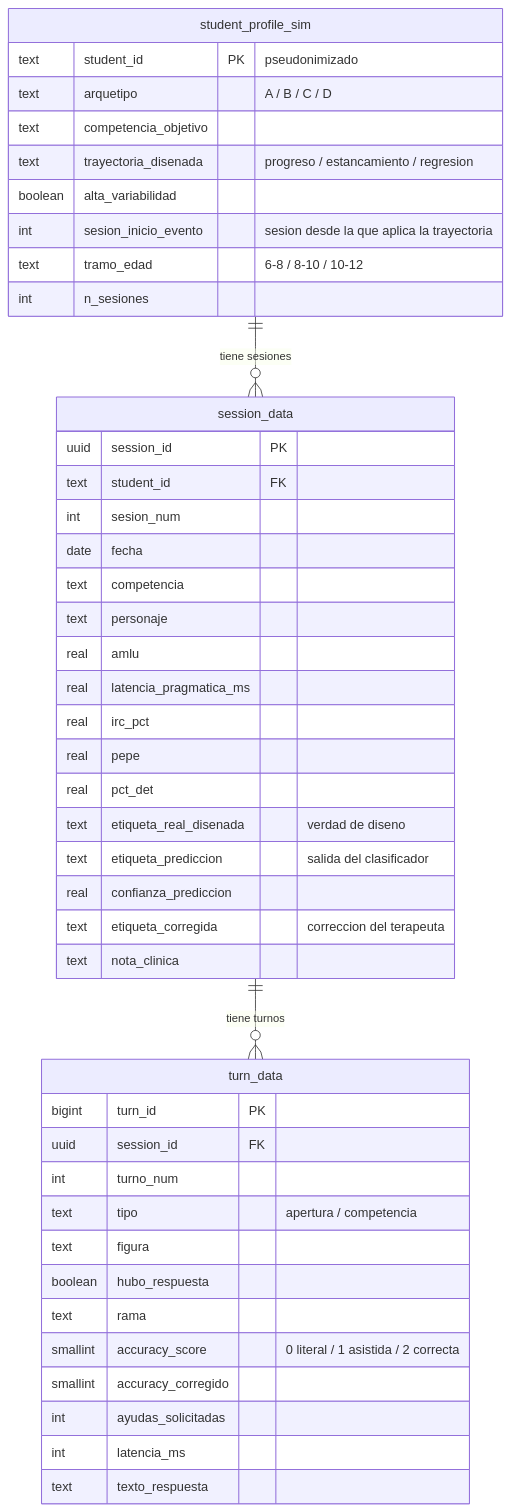
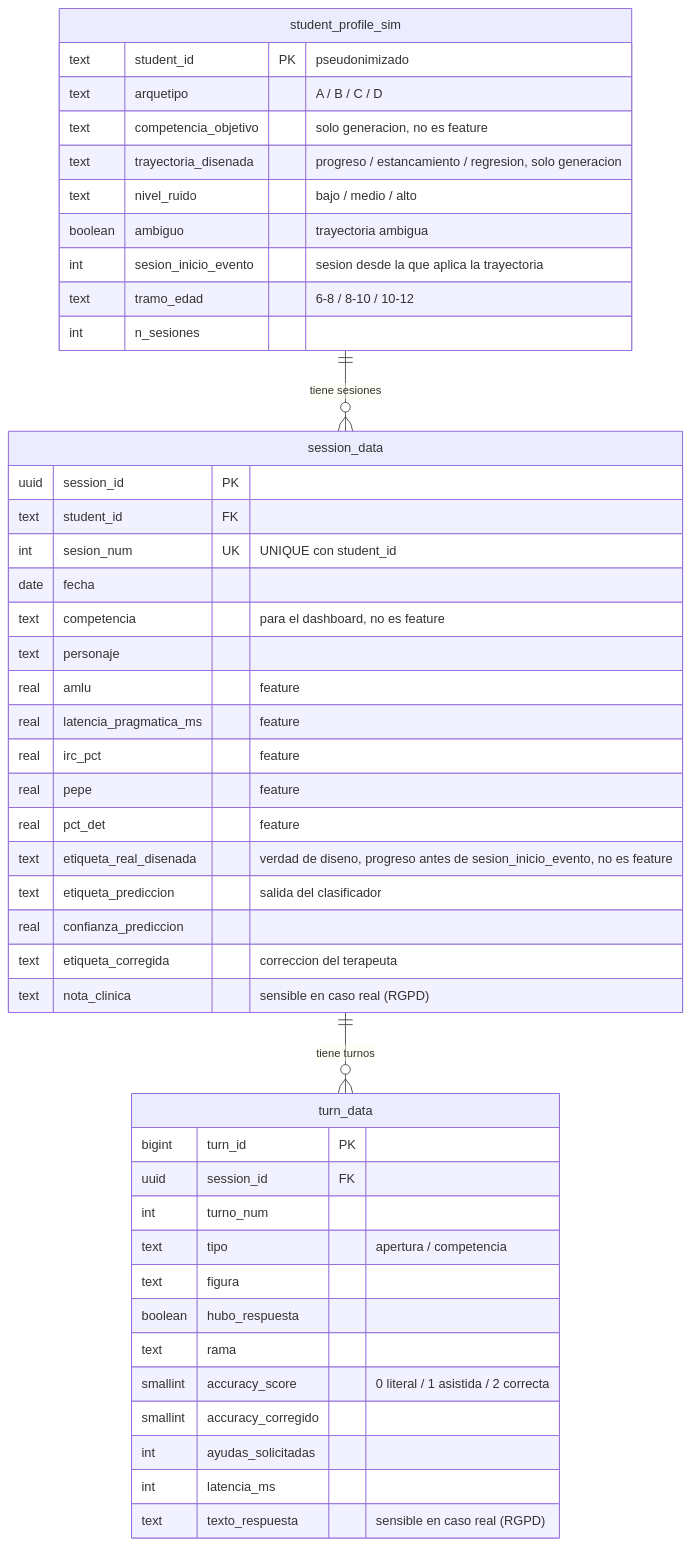
Before and after one commit to MarcosExp/Social-Sim-Chat: the diagram in docs/er.mmd, drawn with Mermaid. The commit also changed 1 other file, not shown here.

Commit message:
Aplica los retoques a los diagramas

```diff
--- a/docs/er.mmd
+++ b/docs/er.mmd
@@ -1,48 +1,49 @@
 erDiagram
     student_profile_sim ||--o{ session_data : "tiene sesiones"
     session_data ||--o{ turn_data : "tiene turnos"
 
     student_profile_sim {
         text student_id PK "pseudonimizado"
         text arquetipo "A / B / C / D"
-        text competencia_objetivo
-        text trayectoria_disenada "progreso / estancamiento / regresion"
-        boolean alta_variabilidad
+        text competencia_objetivo "solo generacion, no es feature"
+        text trayectoria_disenada "progreso / estancamiento / regresion, solo generacion"
+        text nivel_ruido "bajo / medio / alto"
+        boolean ambiguo "trayectoria ambigua"
         int sesion_inicio_evento "sesion desde la que aplica la trayectoria"
         text tramo_edad "6-8 / 8-10 / 10-12"
         int n_sesiones
     }
 
     session_data {
         uuid session_id PK
         text student_id FK
-        int sesion_num
+        int sesion_num UK "UNIQUE con student_id"
         date fecha
-        text competencia
+        text competencia "para el dashboard, no es feature"
         text personaje
-        real amlu
-        real latencia_pragmatica_ms
-        real irc_pct
-        real pepe
-        real pct_det
-        text etiqueta_real_disenada "verdad de diseno"
+        real amlu "feature"
+        real latencia_pragmatica_ms "feature"
+        real irc_pct "feature"
+        real pepe "feature"
+        real pct_det "feature"
+        text etiqueta_real_disenada "verdad de diseno, progreso antes de sesion_inicio_evento, no es feature"
         text etiqueta_prediccion "salida del clasificador"
         real confianza_prediccion
         text etiqueta_corregida "correccion del terapeuta"
-        text nota_clinica
+        text nota_clinica "sensible en caso real (RGPD)"
     }
 
     turn_data {
         bigint turn_id PK
         uuid session_id FK
         int turno_num
         text tipo "apertura / competencia"
         text figura
         boolean hubo_respuesta
         text rama
         smallint accuracy_score "0 literal / 1 asistida / 2 correcta"
         smallint accuracy_corregido
         int ayudas_solicitadas
         int latencia_ms
-        text texto_respuesta
+        text texto_respuesta "sensible en caso real (RGPD)"
     }
```
